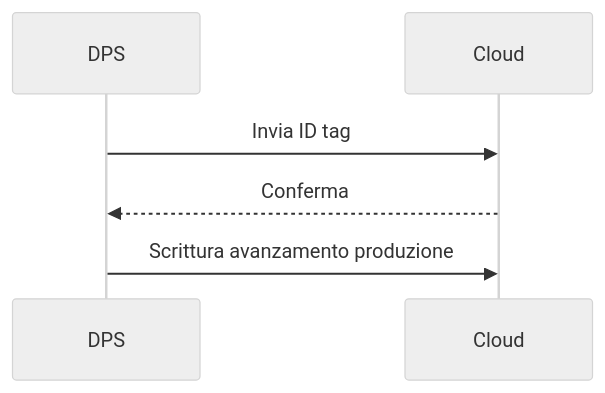
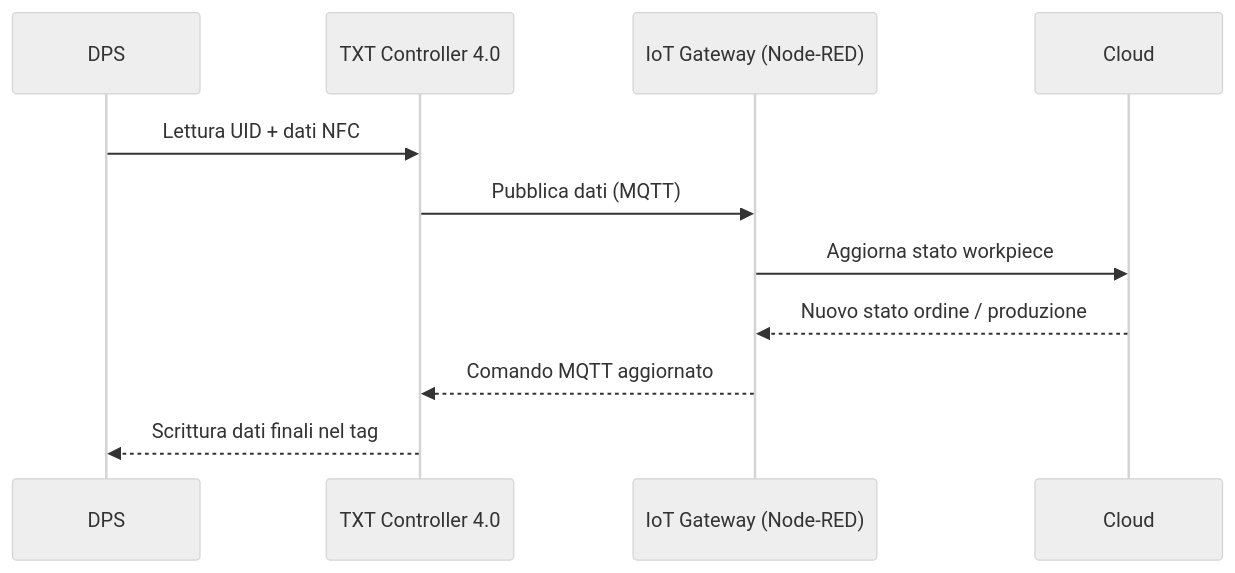
Before and after one commit to Youss-elji/my-vault: the second of 2 diagrams in microfactory-fischertechnik/02_Componenti_Hardware/02.6_DPS_Input_Output_NFC.md.md, drawn with Mermaid (neutral theme). The commit also changed other lines of this file and 15 other files, not shown here.

````diff
--- a/microfactory-fischertechnik/02_Componenti_Hardware/02.6_DPS_Input_Output_NFC.md.md
+++ b/microfactory-fischertechnik/02_Componenti_Hardware/02.6_DPS_Input_Output_NFC.md.md
@@ -78,8 +104,16 @@
 ```mermaid
 sequenceDiagram
     participant DPS
+    participant TXT as TXT Controller 4.0
+    participant GW as IoT Gateway (Node-RED)
     participant Cloud
-    DPS->>Cloud: Invia ID tag
-    Cloud-->>DPS: Conferma
-    DPS->>Cloud: Scrittura avanzamento produzione
+
+    DPS->>TXT: Lettura UID + dati NFC
+    TXT->>GW: Pubblica dati (MQTT)
+    GW->>Cloud: Aggiorna stato workpiece
+
+    Cloud-->>GW: Nuovo stato ordine / produzione
+    GW-->>TXT: Comando MQTT aggiornato
+    TXT-->>DPS: Scrittura dati finali nel tag
+
 ```
````
